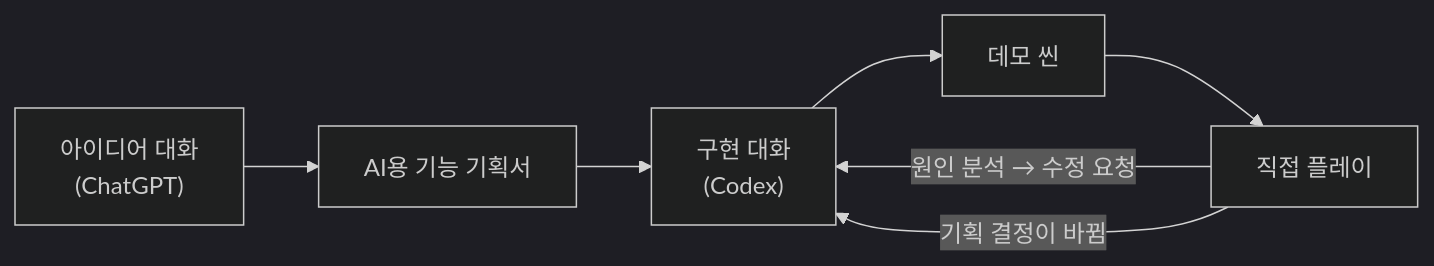
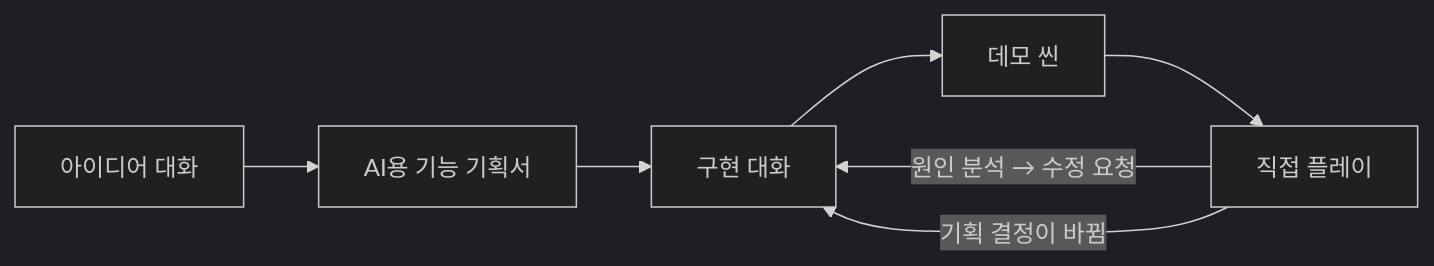
The second of 3 diagrams in src/3-snowball-golf/기술문서.md (Lets-Gitit/portfolio), drawn with Mermaid (dark theme) before and after one commit. The commit also changed other lines of this file, not shown here.

````diff
--- a/src/3-snowball-golf/기술문서.md
+++ b/src/3-snowball-golf/기술문서.md
@@ -83,9 +81,9 @@
 ```mermaid
 flowchart LR
-    A["아이디어 대화<br/>(ChatGPT)"] --> B["AI용 기능 기획서"]
-    B --> C["구현 대화<br/>(Codex)"]
+    A["아이디어 대화<br/>"] --> B["AI용 기능 기획서"]
+    B --> C["구현 대화<br/>"]
     C --> D["데모 씬"]
     D --> E["직접 플레이"]
     E -->|"원인 분석 → 수정 요청"| C
     E -->|"기획 결정이 바뀜"| C
 ```
````
